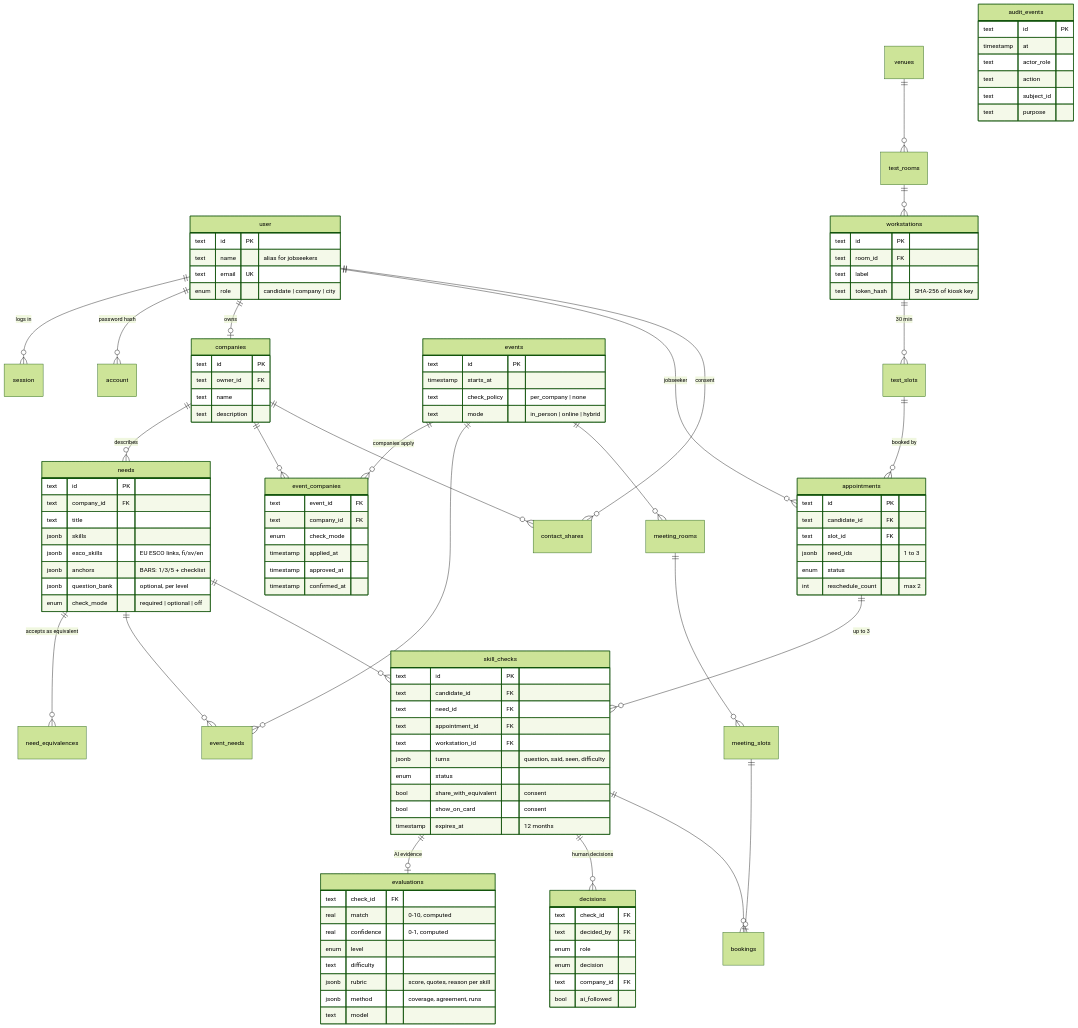
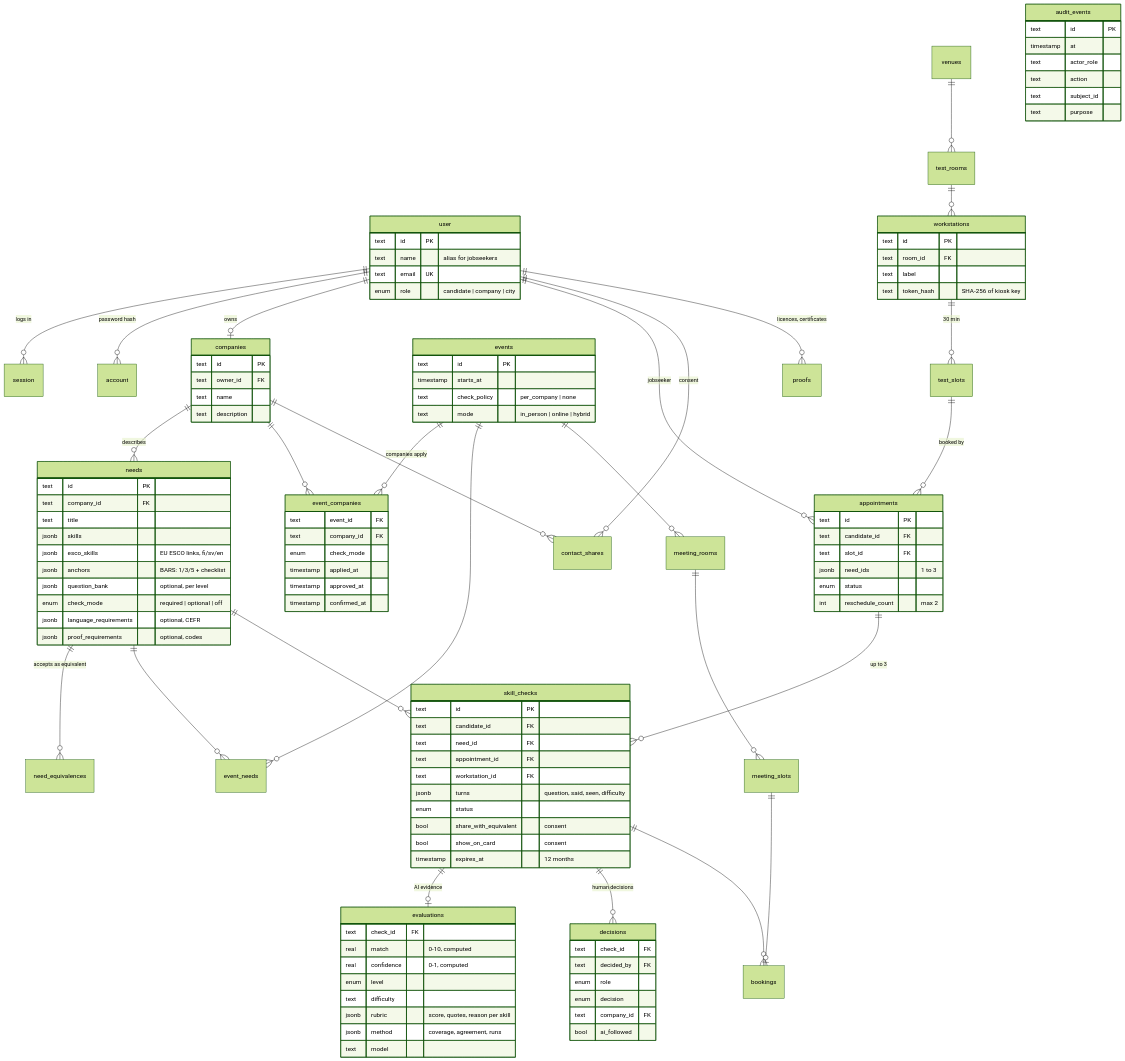
Before and after one commit to Sairanyx/skill-check: the diagram in docs/DATABASE.md, drawn with Mermaid (forest theme). The commit also changed other lines of this file and 1 other file, not shown here.

Commit message:
Document official proofs in the decision log and database guide

```diff
--- a/docs/DATABASE.md
+++ b/docs/DATABASE.md
@@ -41,6 +41,7 @@
   skill_checks ||--o{ bookings : ""
   meeting_slots ||--o| bookings : ""
   user ||--o{ contact_shares : "consent"
+  user ||--o{ proofs : "licences, certificates"
   companies ||--o{ contact_shares : ""
 
   user {
@@ -64,6 +65,8 @@
     jsonb anchors "BARS: 1/3/5 + checklist"
     jsonb question_bank "optional, per level"
     enum check_mode "required | optional | off"
+    jsonb language_requirements "optional, CEFR"
+    jsonb proof_requirements "optional, codes"
   }
   events {
     text id PK
```
